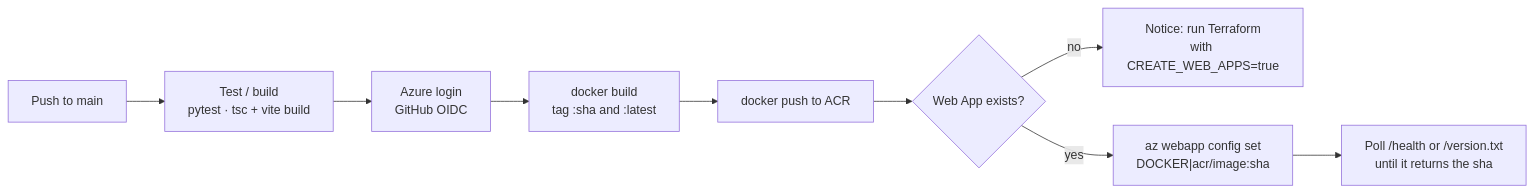
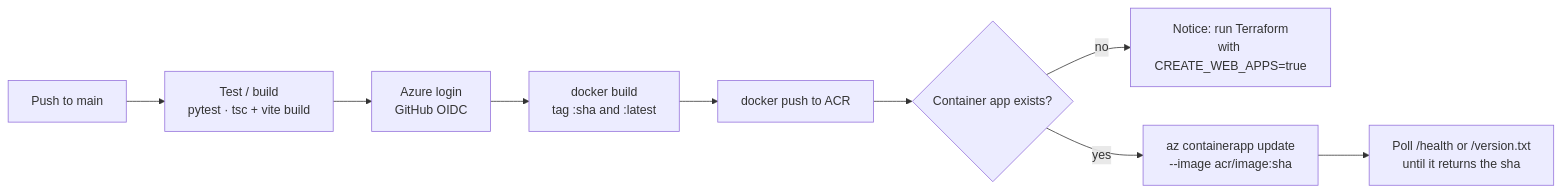
Before and after one commit to agi1clj/CC2026_DS_Applications: the third of 3 diagrams in docs/architecture.md, drawn with Mermaid. The commit also changed other lines of this file and 10 other files, not shown here.

First line of the commit message:
feat(deploy): deploy to Azure Container Apps or App Service

````diff
--- a/docs/architecture.md
+++ b/docs/architecture.md
@@ -75,11 +75,11 @@
 ```mermaid
 flowchart LR
     push[Push to main] --> test["Test / build<br/>pytest · tsc + vite build"]
     test --> login[Azure login<br/>GitHub OIDC]
     login --> build[docker build<br/>tag :sha and :latest]
     build --> pushimg[docker push to ACR]
-    pushimg --> exists{Web App exists?}
+    pushimg --> exists{Container app exists?}
     exists -- no --> notice[Notice: run Terraform<br/>with CREATE_WEB_APPS=true]
-    exists -- yes --> deploy["az webapp config set<br/>DOCKER|acr/image:sha"]
+    exists -- yes --> deploy["az containerapp update<br/>--image acr/image:sha"]
     deploy --> verify[Poll /health or /version.txt<br/>until it returns the sha]
 ```
````
